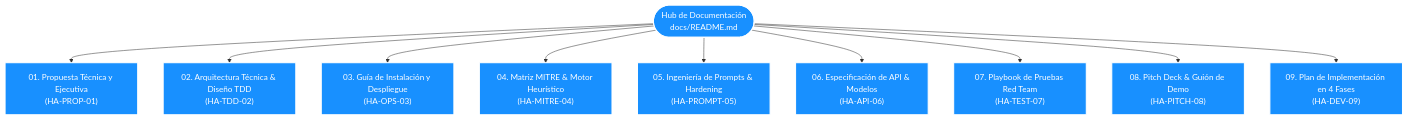
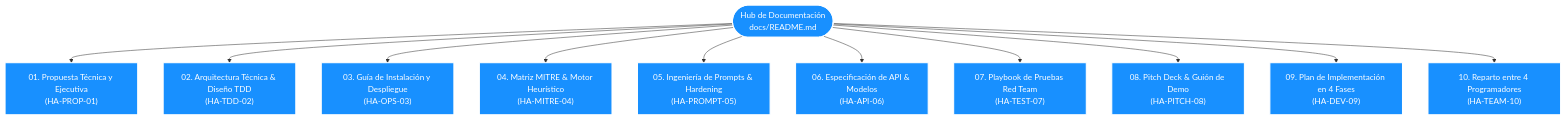
One commit to LUISALEJANDROSANDOVAL/Security_IA changed the first of 2 diagrams in docs/README.md. Above: the diagram before and after it, drawn with Mermaid. The commit also changed other lines of this file and 85 other files, not shown here.

````diff
--- a/docs/README.md
+++ b/docs/README.md
@@ -7,17 +7,18 @@
 ```mermaid
 graph TD
     Hub(["Hub de Documentación<br/>docs/README.md"])
     
     Hub --> Doc1["01. Propuesta Técnica y Ejecutiva<br/>(HA-PROP-01)"]
     Hub --> Doc2["02. Arquitectura Técnica & Diseño TDD<br/>(HA-TDD-02)"]
     Hub --> Doc3["03. Guía de Instalación y Despliegue<br/>(HA-OPS-03)"]
     Hub --> Doc4["04. Matriz MITRE & Motor Heurístico<br/>(HA-MITRE-04)"]
     Hub --> Doc5["05. Ingeniería de Prompts & Hardening<br/>(HA-PROMPT-05)"]
     Hub --> Doc6["06. Especificación de API & Modelos<br/>(HA-API-06)"]
     Hub --> Doc7["07. Playbook de Pruebas Red Team<br/>(HA-TEST-07)"]
     Hub --> Doc8["08. Pitch Deck & Guión de Demo<br/>(HA-PITCH-08)"]
     Hub --> Doc9["09. Plan de Implementación en 4 Fases<br/>(HA-DEV-09)"]
+    Hub --> Doc10["10. Reparto entre 4 Programadores<br/>(HA-TEAM-10)"]
 
     classDef core fill:#1890ff,stroke:#fff,stroke-width:2px,color:#fff;
-    class Hub,Doc1,Doc2,Doc3,Doc4,Doc5,Doc6,Doc7,Doc8,Doc9 core;
+    class Hub,Doc1,Doc2,Doc3,Doc4,Doc5,Doc6,Doc7,Doc8,Doc9,Doc10 core;
 ```
````
